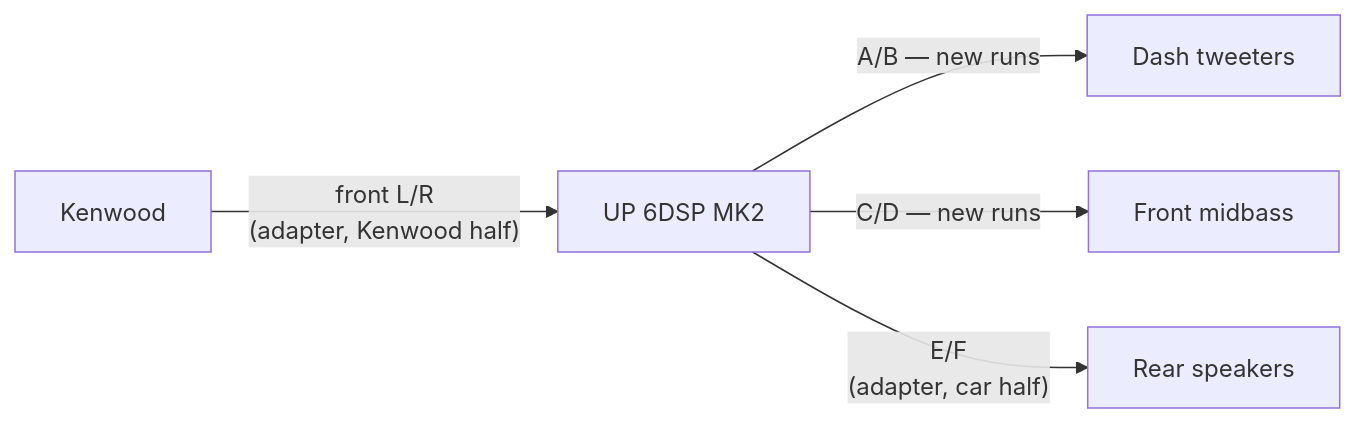
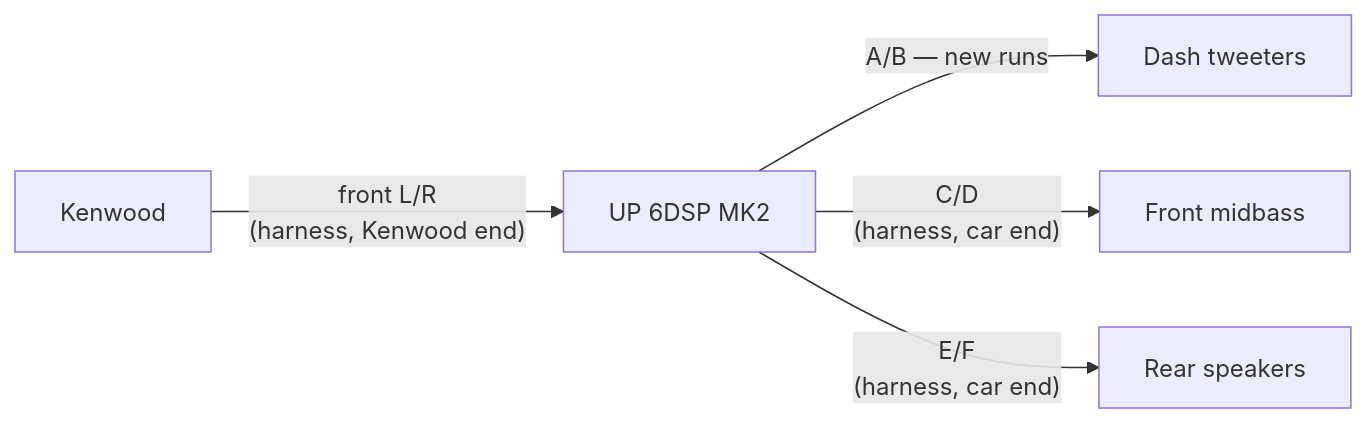
The second of 4 diagrams in AUDIO-UPGRADE.md (badsyntax/jimny-sound), drawn with Mermaid before and after one commit. The commit also changed other lines of this file and 55 other files, not shown here.

````diff
--- a/AUDIO-UPGRADE.md
+++ b/AUDIO-UPGRADE.md
@@ -137,7 +140,7 @@
 ```mermaid
 flowchart LR
-    HU["Kenwood"] -->|"front L/R<br/>(adapter, Kenwood half)"| AMP["UP 6DSP MK2"]
+    HU["Kenwood"] -->|"front L/R<br/>(harness, Kenwood end)"| AMP["UP 6DSP MK2"]
     AMP -->|"A/B — new runs"| TW["Dash tweeters"]
-    AMP -->|"C/D — new runs"| MID["Front midbass"]
-    AMP -->|"E/F<br/>(adapter, car half)"| REAR["Rear speakers"]
+    AMP -->|"C/D<br/>(harness, car end)"| MID["Front midbass"]
+    AMP -->|"E/F<br/>(harness, car end)"| REAR["Rear speakers"]
 ```
````
